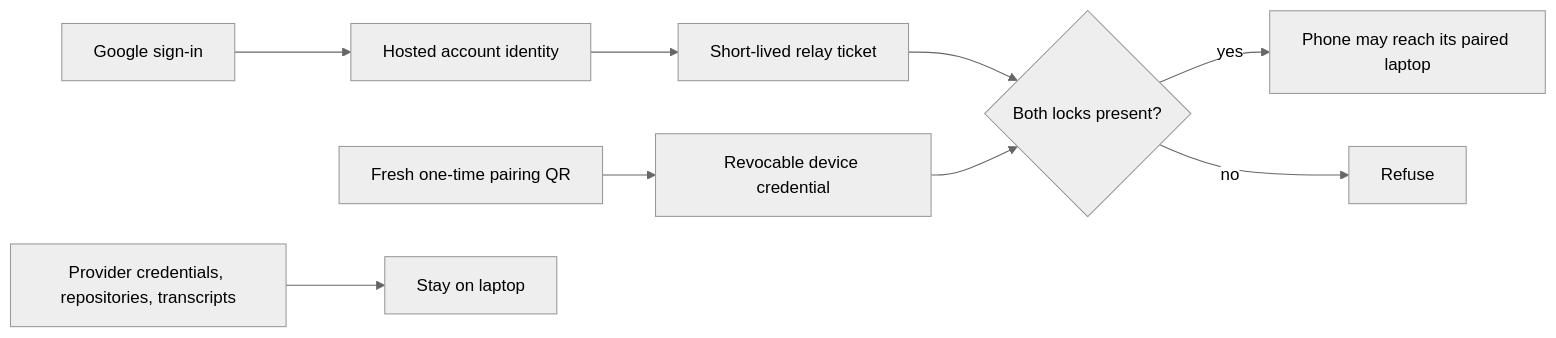
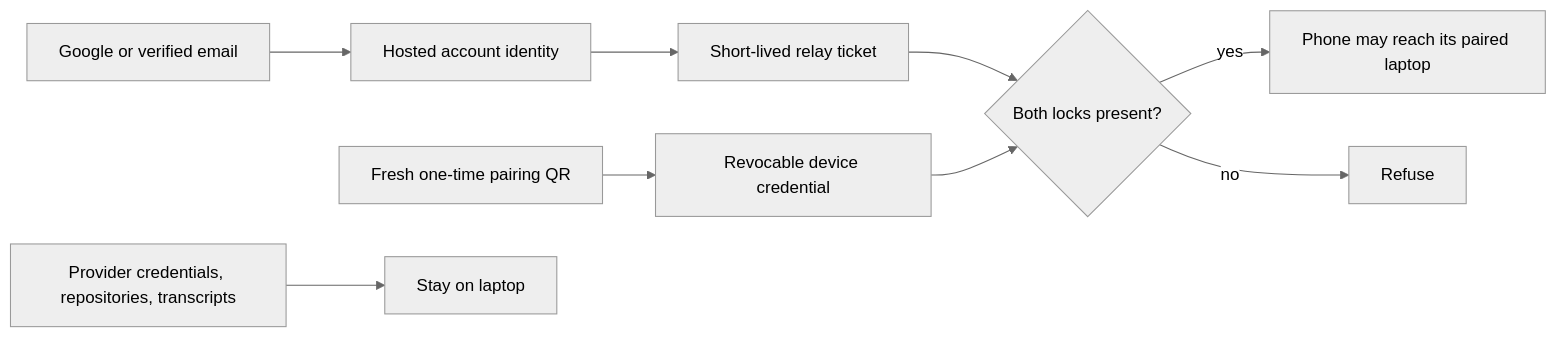
The first of 2 diagrams in docs/PUBLIC-ACCOUNT-STRATEGY.md (Sahith59/LongLe-sh), drawn with Mermaid (neutral theme) before and after one commit. The commit also changed other lines of this file and 7 other files, not shown here.

Commit message:
Add secure email and password account access

````diff
--- a/docs/PUBLIC-ACCOUNT-STRATEGY.md
+++ b/docs/PUBLIC-ACCOUNT-STRATEGY.md
@@ -9,11 +9,11 @@
 ```mermaid
 flowchart LR
-    G[Google sign-in] --> A[Hosted account identity]
+    G[Google or verified email] --> A[Hosted account identity]
     A --> T[Short-lived relay ticket]
     Q[Fresh one-time pairing QR] --> D[Revocable device credential]
     T --> C{Both locks present?}
     D --> C
     C -->|yes| P[Phone may reach its paired laptop]
     C -->|no| R[Refuse]
     L[Provider credentials, repositories, transcripts] --> H[Stay on laptop]
 ```
````
